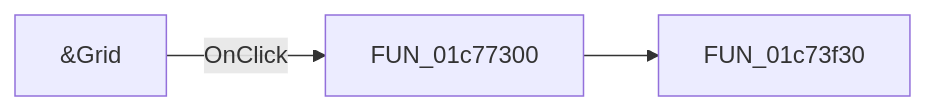
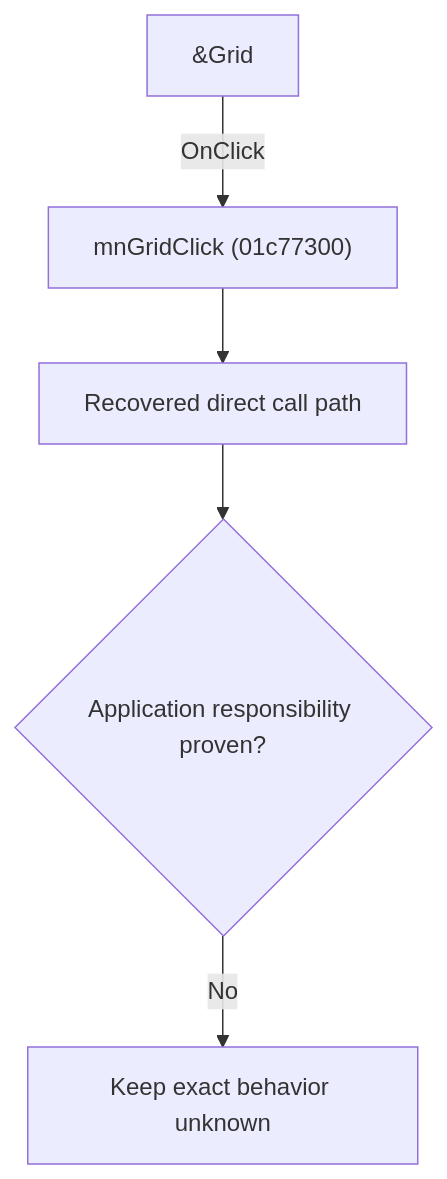
One commit to MovGP0/TIARA changed the diagram in docs/ui-controls/schematiceditor/mngrid-03fe7062f2.md. Above: the diagram before and after it, drawn with Mermaid. The commit also changed other lines of this file and 1062 other files, not shown here.

````diff
--- a/docs/ui-controls/schematiceditor/mngrid-03fe7062f2.md
+++ b/docs/ui-controls/schematiceditor/mngrid-03fe7062f2.md
@@ -27,5 +27,7 @@
 ```mermaid
-flowchart LR
-    control["&Grid"] -->|OnClick| handler["FUN_01c77300"]
-    handler --> call1["FUN_01c73f30"]
+flowchart TD
+    control["&Grid"] -->|"OnClick"| handler["mnGridClick (01c77300)"]
+    handler --> recovered["Recovered direct call path"]
+    recovered --> gap{"Application responsibility proven?"}
+    gap -->|"No"| blocked["Keep exact behavior unknown"]
 ```
````
